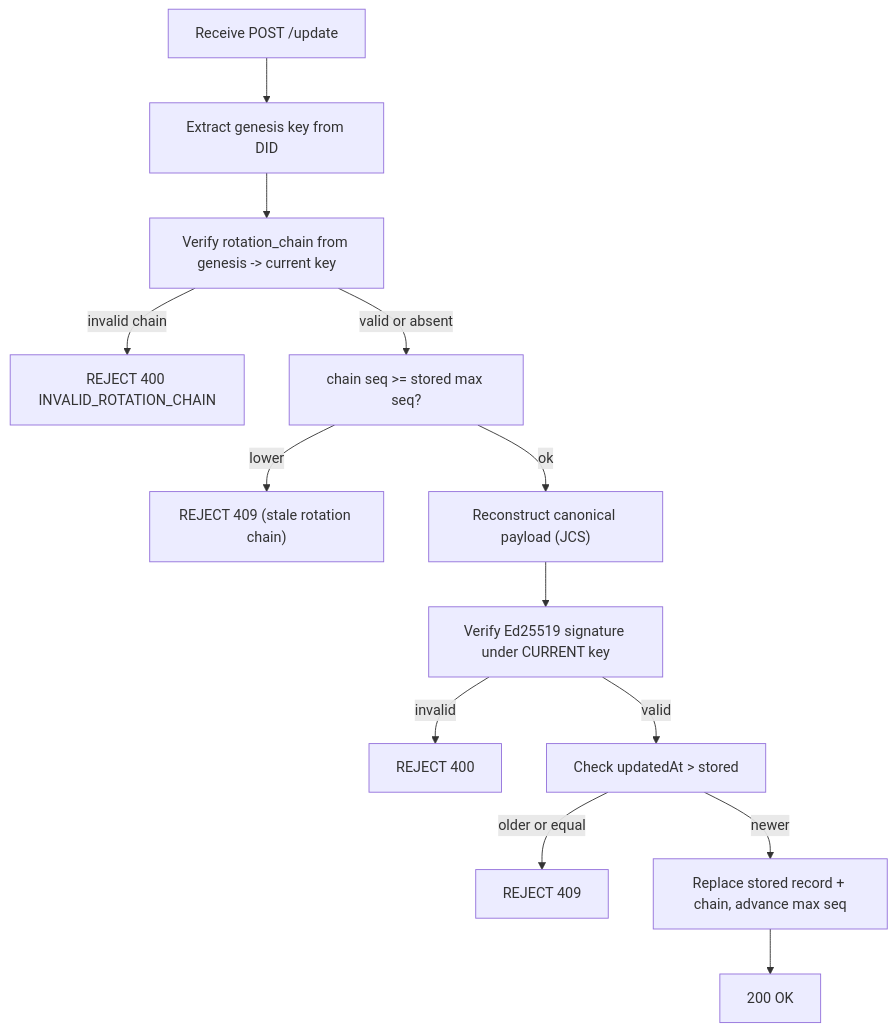
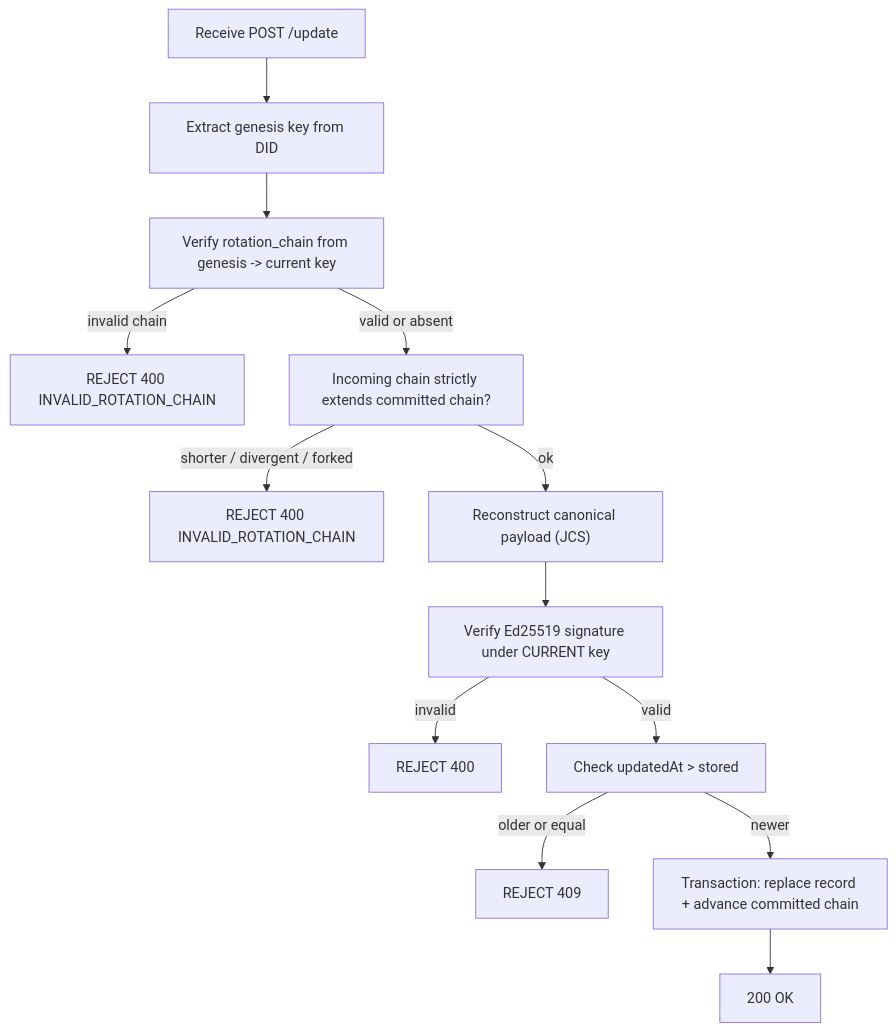
The first of 2 diagrams in apps/docs/app/src/routes/architecture/registry-protocol/+page.md (syr-is/syr), drawn with Mermaid before and after one commit. The commit also changed other lines of this file and 5 other files, not shown here.

First line of the commit message:
fix(registry): prefix-pin rotation chains + atomic commits

````diff
--- a/apps/docs/app/src/routes/architecture/registry-protocol/+page.md
+++ b/apps/docs/app/src/routes/architecture/registry-protocol/+page.md
@@ -190,15 +194,15 @@
 ```mermaid
 flowchart TD
     Receive["Receive POST /update"] --> ExtractKey["Extract genesis key from DID"]
     ExtractKey --> VerifyChain["Verify rotation_chain from genesis -> current key"]
     VerifyChain -->|invalid chain| RejectChain["REJECT 400 INVALID_ROTATION_CHAIN"]
-    VerifyChain -->|valid or absent| CheckSeq["chain seq >= stored max seq?"]
-    CheckSeq -->|lower| RejectRollback["REJECT 409 (stale rotation chain)"]
-    CheckSeq -->|ok| Canonicalize["Reconstruct canonical payload (JCS)"]
+    VerifyChain -->|valid or absent| CheckPrefix["Incoming chain strictly extends committed chain?"]
+    CheckPrefix -->|shorter / divergent / forked| RejectRollback["REJECT 400 INVALID_ROTATION_CHAIN"]
+    CheckPrefix -->|ok| Canonicalize["Reconstruct canonical payload (JCS)"]
     Canonicalize --> VerifySig["Verify Ed25519 signature under CURRENT key"]
     VerifySig -->|invalid| Reject["REJECT 400"]
     VerifySig -->|valid| CheckTimestamp["Check updatedAt > stored"]
     CheckTimestamp -->|older or equal| RejectStale["REJECT 409"]
-    CheckTimestamp -->|newer| Store["Replace stored record + chain, advance max seq"]
+    CheckTimestamp -->|newer| Store["Transaction: replace record + advance committed chain"]
     Store --> OK["200 OK"]
 ```
````
